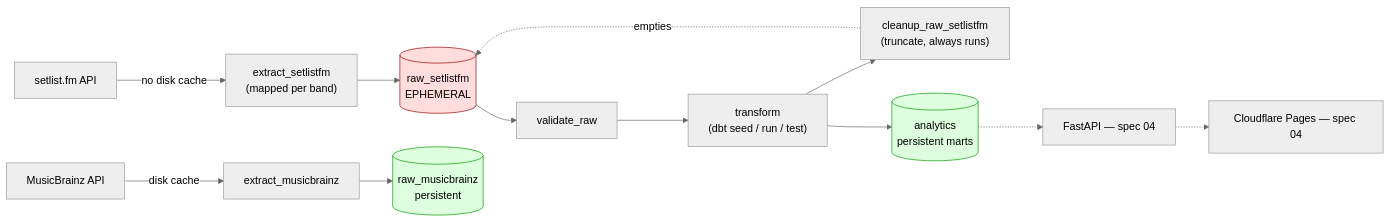
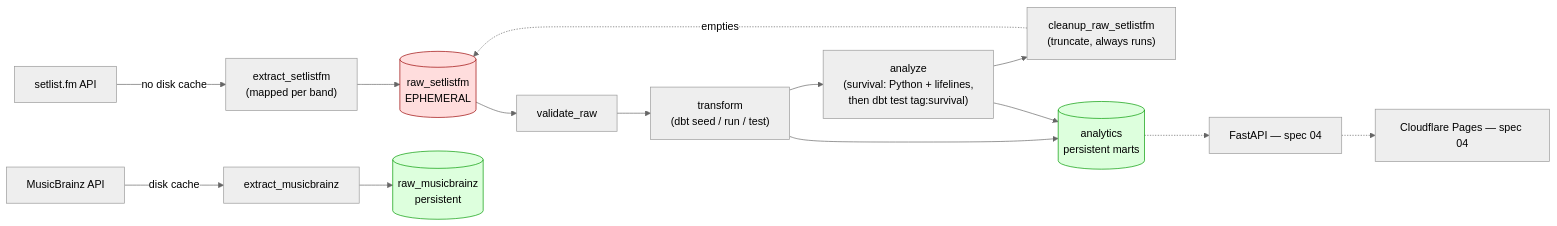
The diagram in README.md (alexarnoni/encore-setlist-analytics), drawn with Mermaid (neutral theme) before and after one commit. The commit also changed other lines of this file and 3 other files, not shown here.

````diff
--- a/README.md
+++ b/README.md
@@ -20,21 +20,23 @@
 ```mermaid
 flowchart LR
     SF["setlist.fm API"] -->|"no disk cache"| EXSF["extract_setlistfm\n(mapped per band)"]
     MB["MusicBrainz API"] -->|"disk cache"| EXMB["extract_musicbrainz"]
 
     EXSF --> RAWSF[("raw_setlistfm\nEPHEMERAL")]
     EXMB --> RAWMB[("raw_musicbrainz\npersistent")]
 
     RAWSF --> VALIDATE["validate_raw"]
     VALIDATE --> TRANSFORM["transform\n(dbt seed / run / test)"]
-    TRANSFORM --> CLEANUP["cleanup_raw_setlistfm\n(truncate, always runs)"]
+    TRANSFORM --> ANALYZE["analyze\n(survival: Python + lifelines,\nthen dbt test tag:survival)"]
+    ANALYZE --> CLEANUP["cleanup_raw_setlistfm\n(truncate, always runs)"]
     CLEANUP -.->|empties| RAWSF
 
     TRANSFORM --> ANALYTICS[("analytics\npersistent marts")]
+    ANALYZE --> ANALYTICS
     ANALYTICS -.-> API["FastAPI — spec 04"]
     API -.-> FRONTEND["Cloudflare Pages — spec 04"]
 
     style RAWSF fill:#fdd,stroke:#900
     style RAWMB fill:#dfd,stroke:#090
     style ANALYTICS fill:#dfd,stroke:#090
 ```
````
